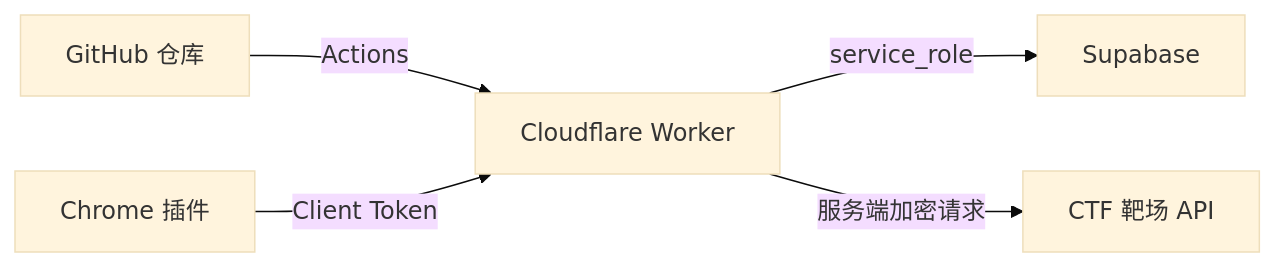
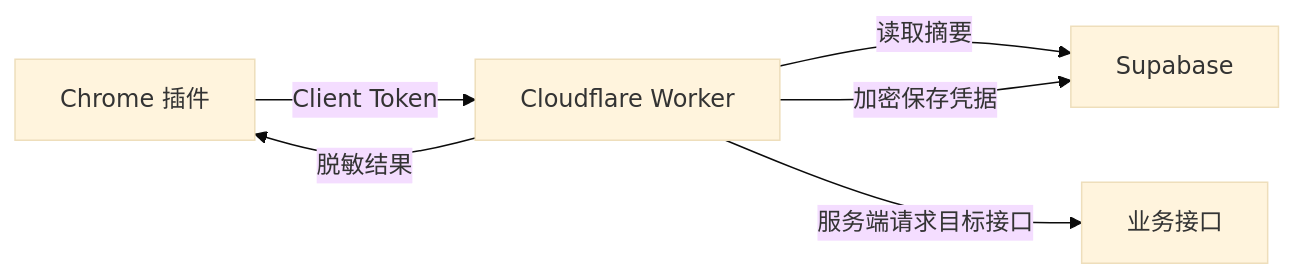
One commit to lsy5920/txzz-plugin-worker changed the diagram in README.md. Above: the diagram before and after it, drawn with Mermaid (base theme). The commit also changed other lines of this file and 2 other files, not shown here.

````diff
--- a/README.md
+++ b/README.md
@@ -19,7 +135,8 @@
 ```mermaid
 flowchart LR
-  A["GitHub 仓库"] -->|"Actions"| B["Cloudflare Worker"]
-  C["Chrome 插件"] -->|"Client Token"| B
-  B -->|"service_role"| D["Supabase"]
-  B -->|"服务端加密请求"| E["CTF 靶场 API"]
+  A["Chrome 插件"] -->|"Client Token"| B["Cloudflare Worker"]
+  B -->|"读取摘要"| C["Supabase"]
+  B -->|"加密保存凭据"| C
+  B -->|"服务端请求目标接口"| D["业务接口"]
+  B -->|"脱敏结果"| A
 ```
````
